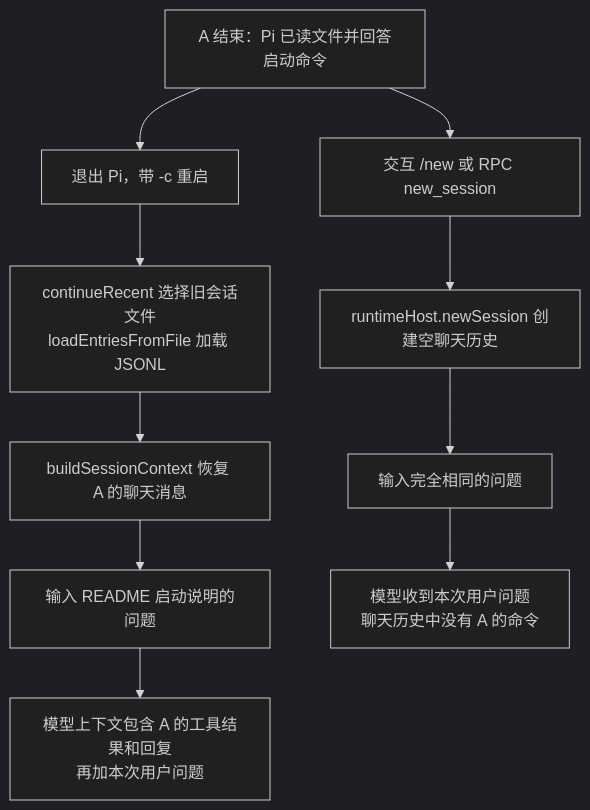
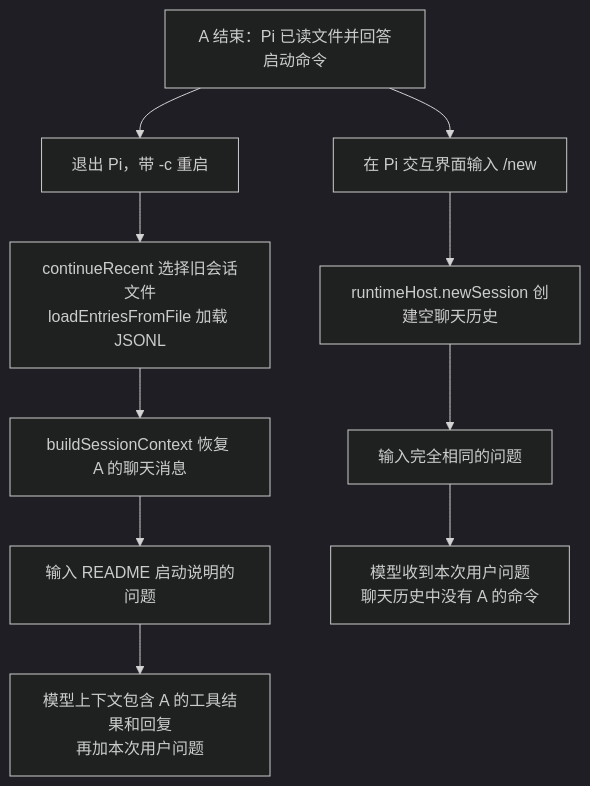
The second of 2 diagrams in practice-05/practive-05.md (nexus610/pi-agent-practice-01), drawn with Mermaid (dark theme) before and after one commit. The commit also changed other lines of this file, not shown here.

````diff
--- a/practice-05/practive-05.md
+++ b/practice-05/practive-05.md
@@ -72,13 +72,13 @@
 ```mermaid
 flowchart TD
     A["A 结束：Pi 已读文件并回答启动命令"]
     A --> C["退出 Pi，带 -c 重启"]
-    A --> N["交互 /new 或 RPC new_session"]
+    A --> N["在 Pi 交互界面输入 /new"]
     C --> F["continueRecent 选择旧会话文件<br/>loadEntriesFromFile 加载 JSONL"]
     F --> H["buildSessionContext 恢复 A 的聊天消息"]
     H --> Q1["输入 README 启动说明的问题"]
     Q1 --> R1["模型上下文包含 A 的工具结果和回复<br/>再加本次用户问题"]
     N --> E["runtimeHost.newSession 创建空聊天历史"]
     E --> Q2["输入完全相同的问题"]
     Q2 --> R2["模型收到本次用户问题<br/>聊天历史中没有 A 的命令"]
 ```
````
